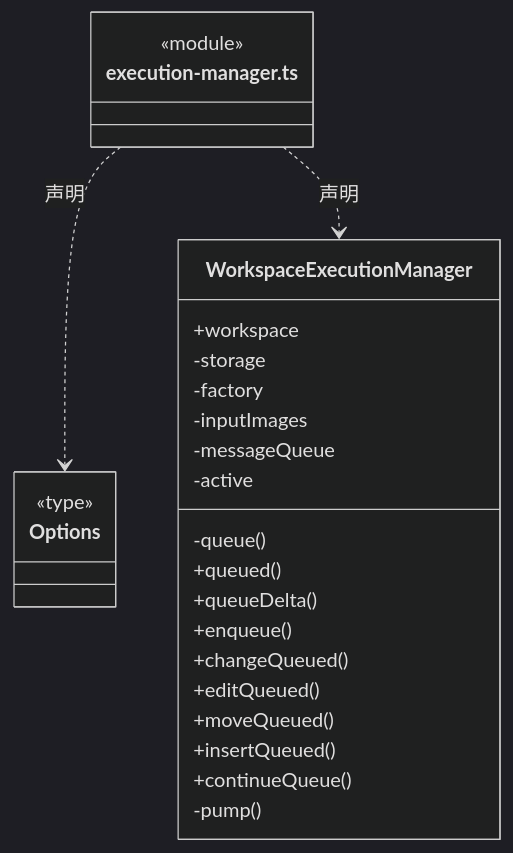
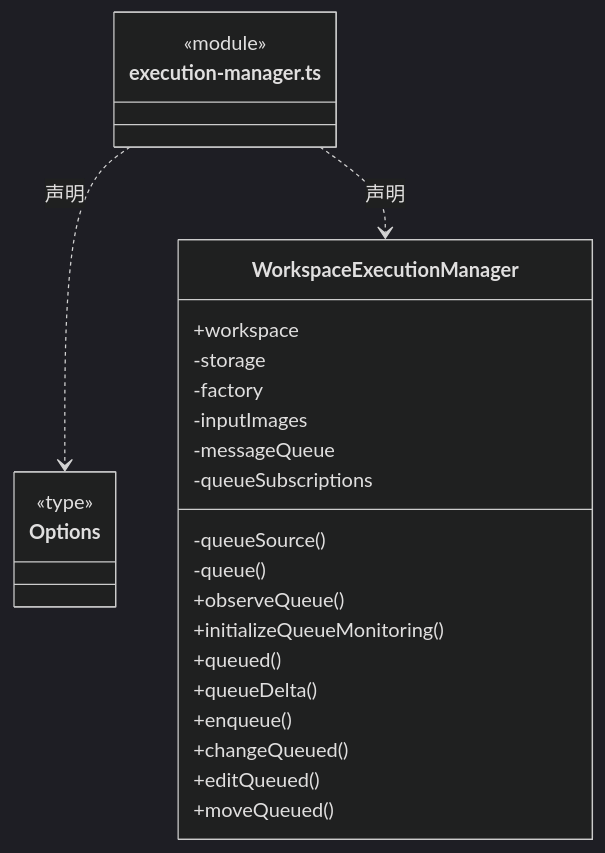
Before and after one commit to nan023062/cbim: the third of 6 diagrams in src/backend/scheduler-engine/execution/ARCHITECTURE.md, drawn with Mermaid (dark theme). The commit also changed other lines of this file and 211 other files, not shown here.

````diff
--- a/src/backend/scheduler-engine/execution/ARCHITECTURE.md
+++ b/src/backend/scheduler-engine/execution/ARCHITECTURE.md
@@ -20,30 +68,30 @@
 ```mermaid
 classDiagram
 class N_src_backend_scheduler_engine_execution_execution_manager_ts["execution-manager.ts"] {
   <<module>>
 }
 class N_src_backend_scheduler_engine_execution_execution_manager_ts_Options["Options"] {
   <<type>>
 
 }
 N_src_backend_scheduler_engine_execution_execution_manager_ts ..> N_src_backend_scheduler_engine_execution_execution_manager_ts_Options : 声明
 class N_src_backend_scheduler_engine_execution_execution_manager_ts_WorkspaceExecutionManager["WorkspaceExecutionManager"] {
   +workspace
   -storage
   -factory
   -inputImages
   -messageQueue
+  -queueSubscriptions
+  -queueSource()
   -queue()
+  +observeQueue()
+  +initializeQueueMonitoring()
   +queued()
   +queueDelta()
   +enqueue()
   +changeQueued()
   +editQueued()
   +moveQueued()
-  +insertQueued()
-  +continueQueue()
-  -pump()
-  -active
 }
 N_src_backend_scheduler_engine_execution_execution_manager_ts ..> N_src_backend_scheduler_engine_execution_execution_manager_ts_WorkspaceExecutionManager : 声明
 ```
````
